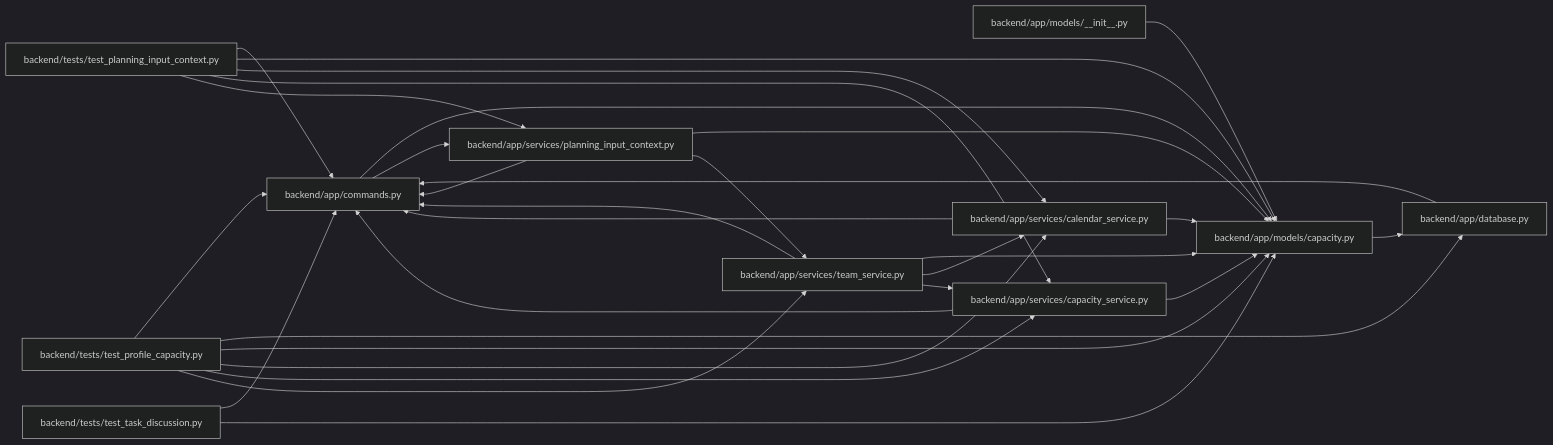
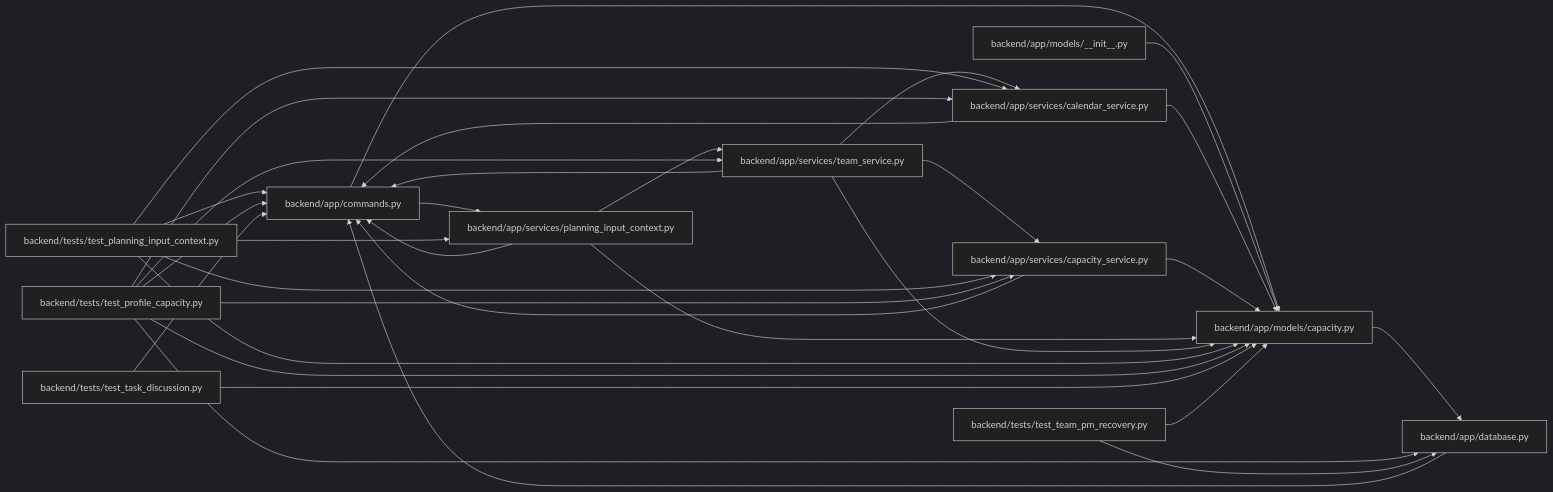
One commit to Denissvgn/WorkChord changed the diagram in docs/llm_wiki/modules/models_capacity.md. Above: the diagram before and after it, drawn with Mermaid (dark theme). The commit also changed other lines of this file and 2373 other files, not shown here.

````diff
--- a/docs/llm_wiki/modules/models_capacity.md
+++ b/docs/llm_wiki/modules/models_capacity.md
@@ -21,54 +21,58 @@
 ```mermaid
 flowchart LR
     n0["backend/app/commands.py"]
     n1["backend/app/database.py"]
     n2["backend/app/models/__init__.py"]
     n3["backend/app/models/capacity.py"]
     n4["backend/app/services/calendar_service.py"]
     n5["backend/app/services/capacity_service.py"]
     n6["backend/app/services/planning_input_context.py"]
     n7["backend/app/services/team_service.py"]
     n8["backend/tests/test_planning_input_context.py"]
     n9["backend/tests/test_profile_capacity.py"]
     n10["backend/tests/test_task_discussion.py"]
+    n11["backend/tests/test_team_pm_recovery.py"]
     n0 --> n3
     n0 --> n6
     n1 --> n0
     n2 --> n3
     n3 --> n1
     n4 --> n0
     n4 --> n3
     n5 --> n0
     n5 --> n3
     n6 --> n0
     n6 --> n3
     n6 --> n7
     n7 --> n0
     n7 --> n3
     n7 --> n4
     n7 --> n5
     n8 --> n0
     n8 --> n3
     n8 --> n4
     n8 --> n5
     n8 --> n6
     n9 --> n0
     n9 --> n1
     n9 --> n3
     n9 --> n4
     n9 --> n5
     n9 --> n7
     n10 --> n0
     n10 --> n3
+    n11 --> n1
+    n11 --> n3
     click n0 "../modules/commands.md"
     click n1 "../modules/app_database.md"
     click n2 "../modules/models___init__.md"
     click n3 "../modules/models_capacity.md"
     click n4 "../modules/calendar_service.md"
     click n5 "../modules/capacity_service.md"
     click n6 "../modules/planning_input_context.md"
     click n7 "../modules/team_service.md"
     click n8 "../modules/test_planning_input_context.md"
     click n9 "../modules/test_profile_capacity.md"
     click n10 "../modules/test_task_discussion.md"
+    click n11 "../modules/test_team_pm_recovery.md"
 ```
````
